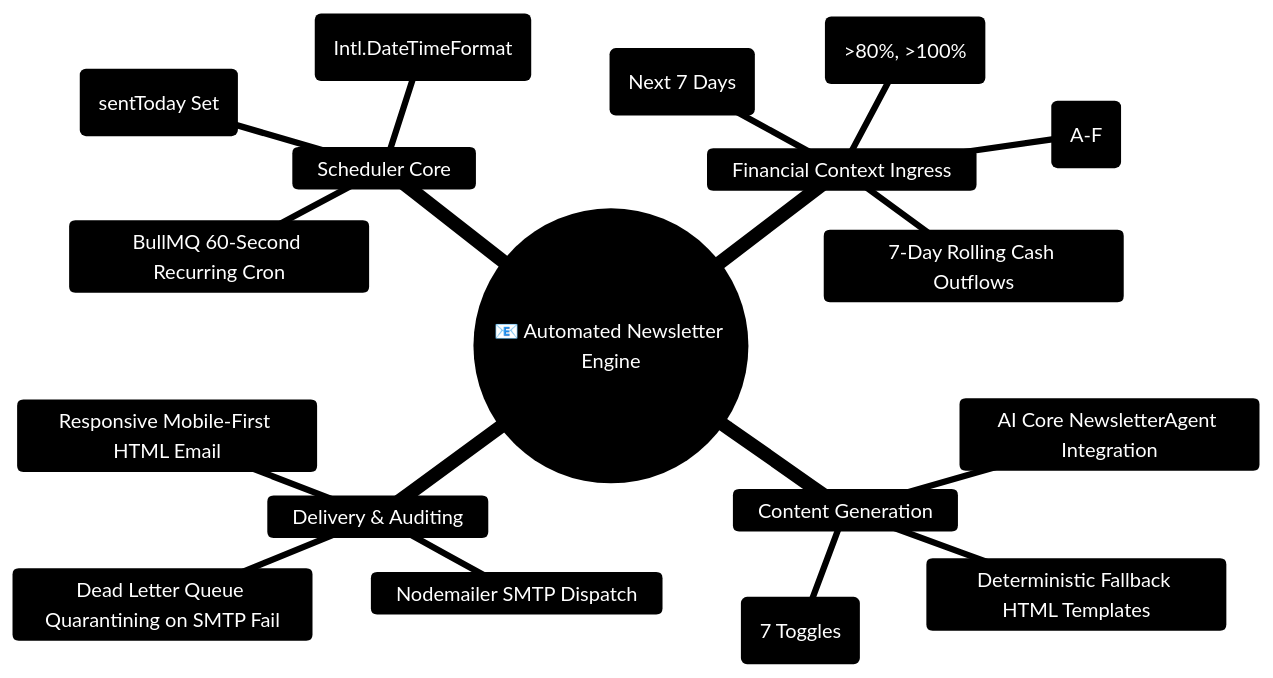
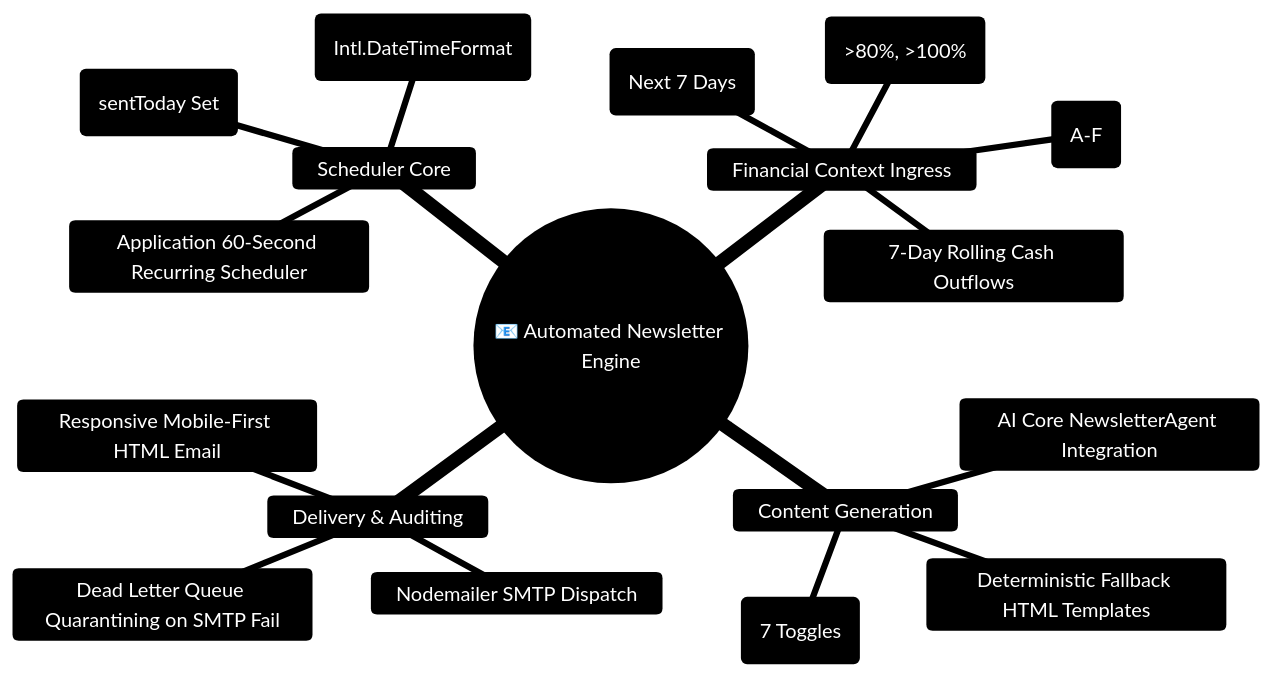
One commit to Ganesh172919/personal-finance changed the fourth of 15 diagrams in docs/BUILDING_ON_THIS_PROJECT.md. Above: the diagram before and after it, drawn with Mermaid. The commit also changed other lines of this file and 1026 other files, not shown here.

````diff
--- a/docs/BUILDING_ON_THIS_PROJECT.md
+++ b/docs/BUILDING_ON_THIS_PROJECT.md
@@ -1013,22 +1016,22 @@
 ```mermaid
 %%{init: {'theme': 'base', 'themeVariables': { 'primaryColor': '#1e293b', 'primaryTextColor': '#ffffff', 'primaryBorderColor': '#10b981', 'lineColor': '#34d399', 'secondaryColor': '#0f172a', 'tertiaryColor': '#064e3b'}}}%%
 mindmap
   root((📧 Automated Newsletter Engine))
     Scheduler Core
-      BullMQ 60-Second Recurring Cron
+      Application 60-Second Recurring Scheduler
       Timezone Awareness (Intl.DateTimeFormat)
       Idempotent Send Guard (sentToday Set)
     Financial Context Ingress
       7-Day Rolling Cash Outflows
       Budget Envelope Burn Alerts (>80%, >100%)
       Upcoming Bill Calendar (Next 7 Days)
       Composite Health Score & Grade (A-F)
     Content Generation
       AI Core NewsletterAgent Integration
       Deterministic Fallback HTML Templates
       User Section Preferences (7 Toggles)
     Delivery & Auditing
       Nodemailer SMTP Dispatch
       Responsive Mobile-First HTML Email
       Dead Letter Queue Quarantining on SMTP Fail
 ```
````
